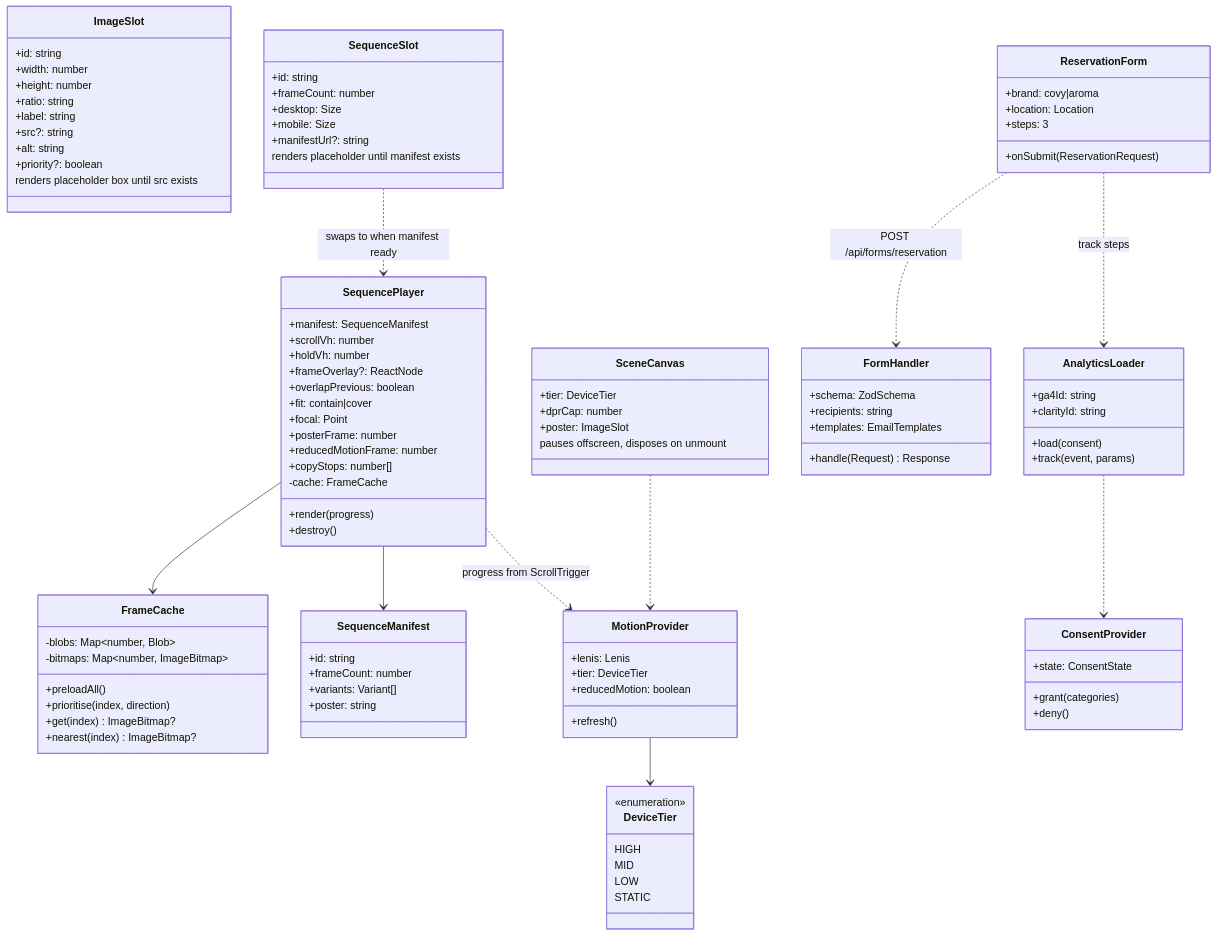
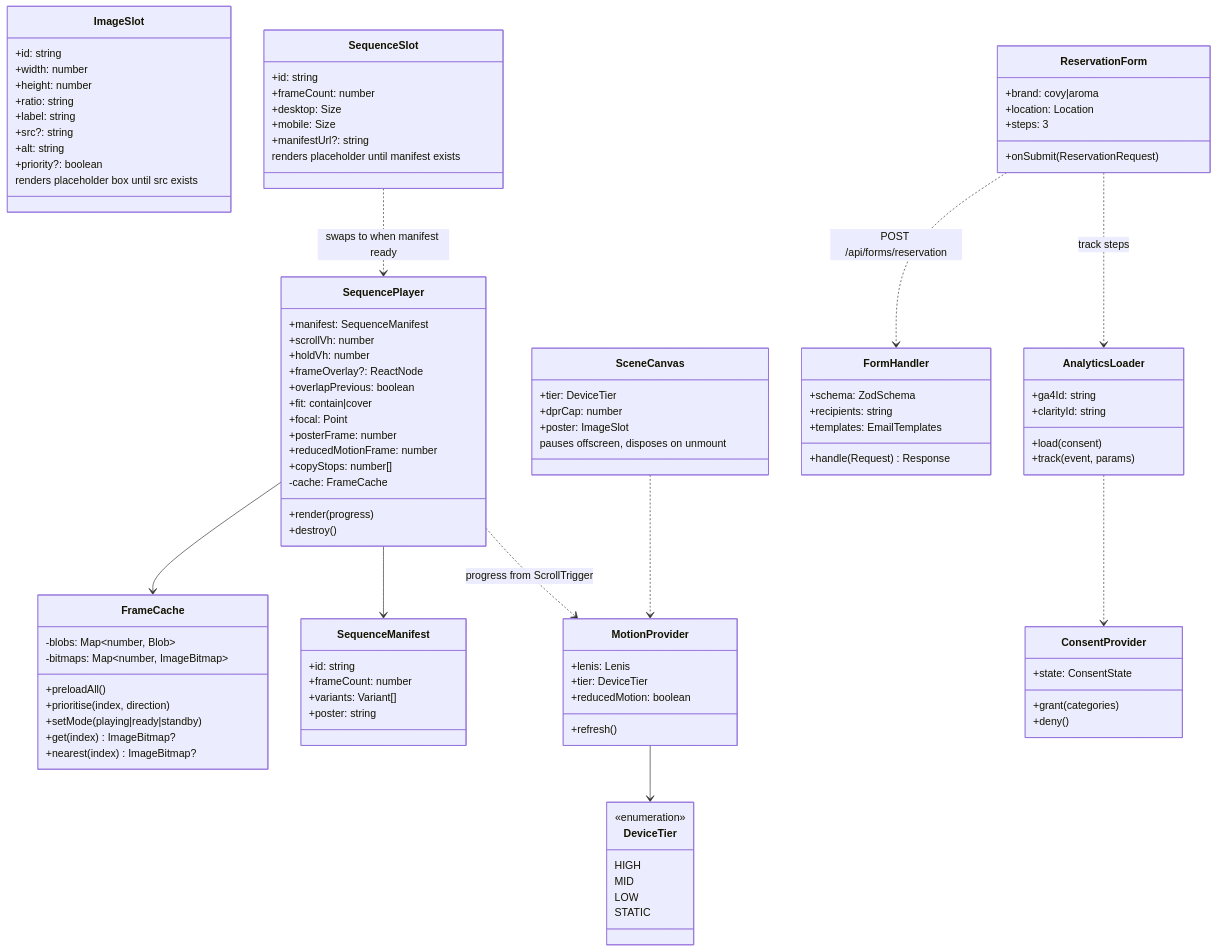
Before and after one commit to zeyadelbadawi/mas: the third of 6 diagrams in docs/02-architecture.md, drawn with Mermaid. The commit also changed 6 other files, not shown here.

First line of the commit message:
Keep the three COVY sequences smooth on fast scrolls and handovers

```diff
--- a/docs/02-architecture.md
+++ b/docs/02-architecture.md
@@ -140,6 +140,7 @@
     -bitmaps: Map~number, ImageBitmap~
     +preloadAll()
     +prioritise(index, direction)
+    +setMode(playing|ready|standby)
     +get(index) ImageBitmap?
     +nearest(index) ImageBitmap?
   }
```
